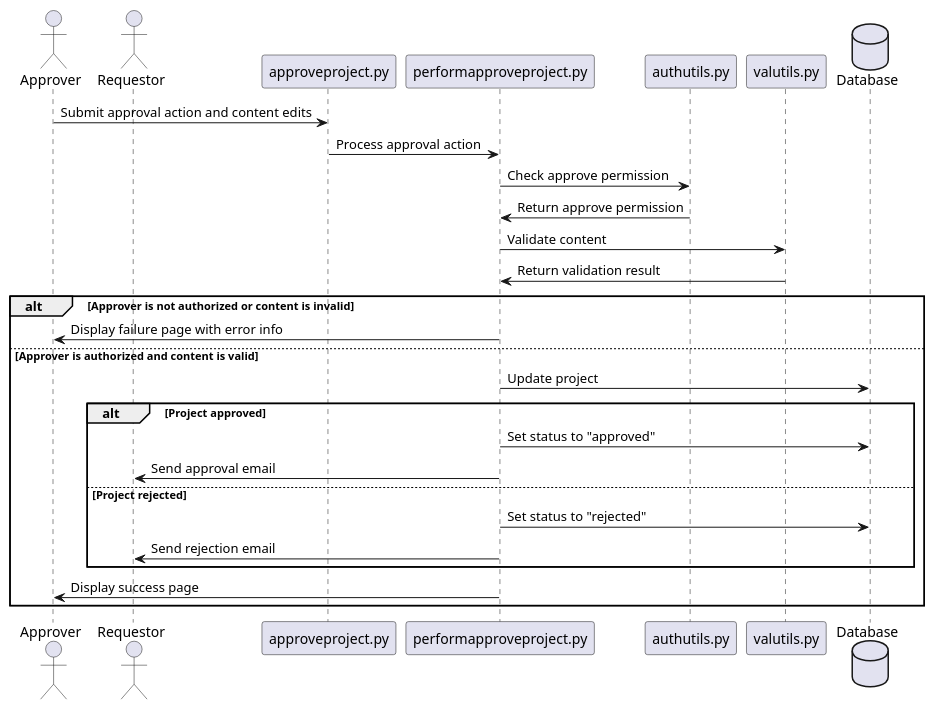
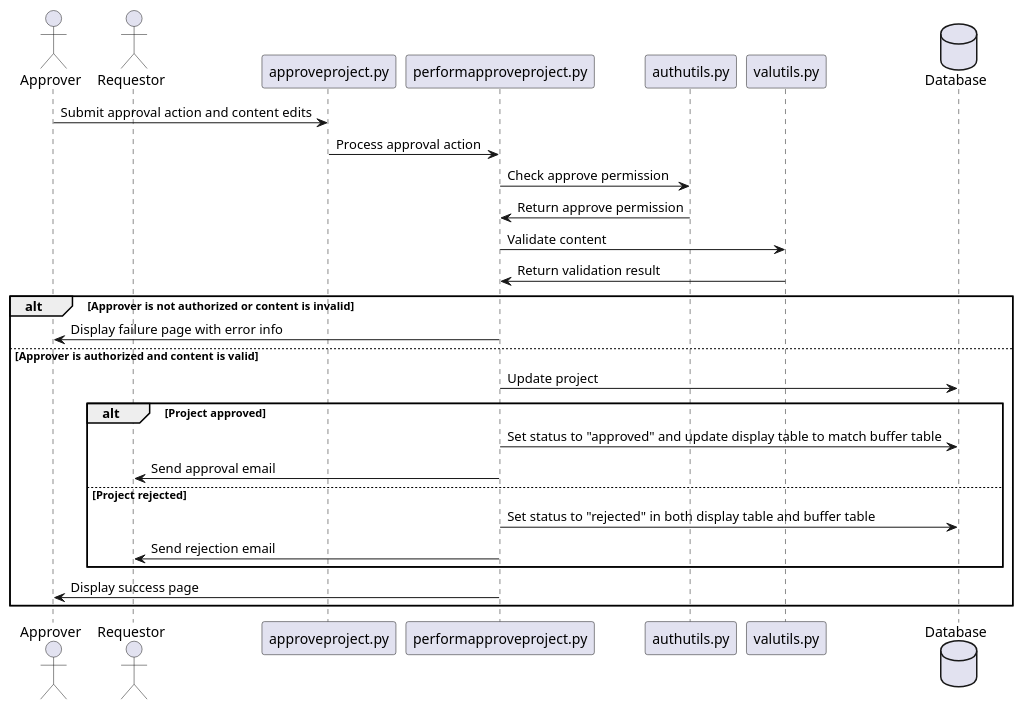
The diagram in documentation/approveproject.puml (sipb/project-database), drawn with PlantUML before and after one commit. The commit also changed 2 other files, not shown here.

Commit message:
Draft of timing diagrams using display table.

```diff
--- a/documentation/approveproject.puml
+++ b/documentation/approveproject.puml
@@ -1,44 +1,42 @@
 @startuml
 actor Approver
 actor Requestor
 participant approveproject.py
 participant performapproveproject.py
 participant authutils.py
 participant valutils.py
 database Database
 
 Approver -> approveproject.py : Submit approval action and content edits
 approveproject.py -> performapproveproject.py : Process approval action
 performapproveproject.py -> authutils.py : Check approve permission
 authutils.py -> performapproveproject.py : Return approve permission
 performapproveproject.py -> valutils.py : Validate content
 valutils.py -> performapproveproject.py : Return validation result
 
 alt Approver is not authorized or content is invalid
 
     performapproveproject.py -> Approver : Display failure page with error info
 
 else Approver is authorized and content is valid
 
     performapproveproject.py -> Database : Update project
 
     alt Project approved
 
-        
-        
-        performapproveproject.py -> Database : Set status to "approved"
+        performapproveproject.py -> Database : Set status to "approved" and update display table to match buffer table
         performapproveproject.py -> Requestor : Send approval email
 
     else Project rejected
 
-        performapproveproject.py -> Database : Set status to "rejected"
+        performapproveproject.py -> Database : Set status to "rejected" in both display table and buffer table
         performapproveproject.py -> Requestor : Send rejection email
 
     end
 
     performapproveproject.py -> Approver : Display success page
 
 end
 
 
 @enduml
```
